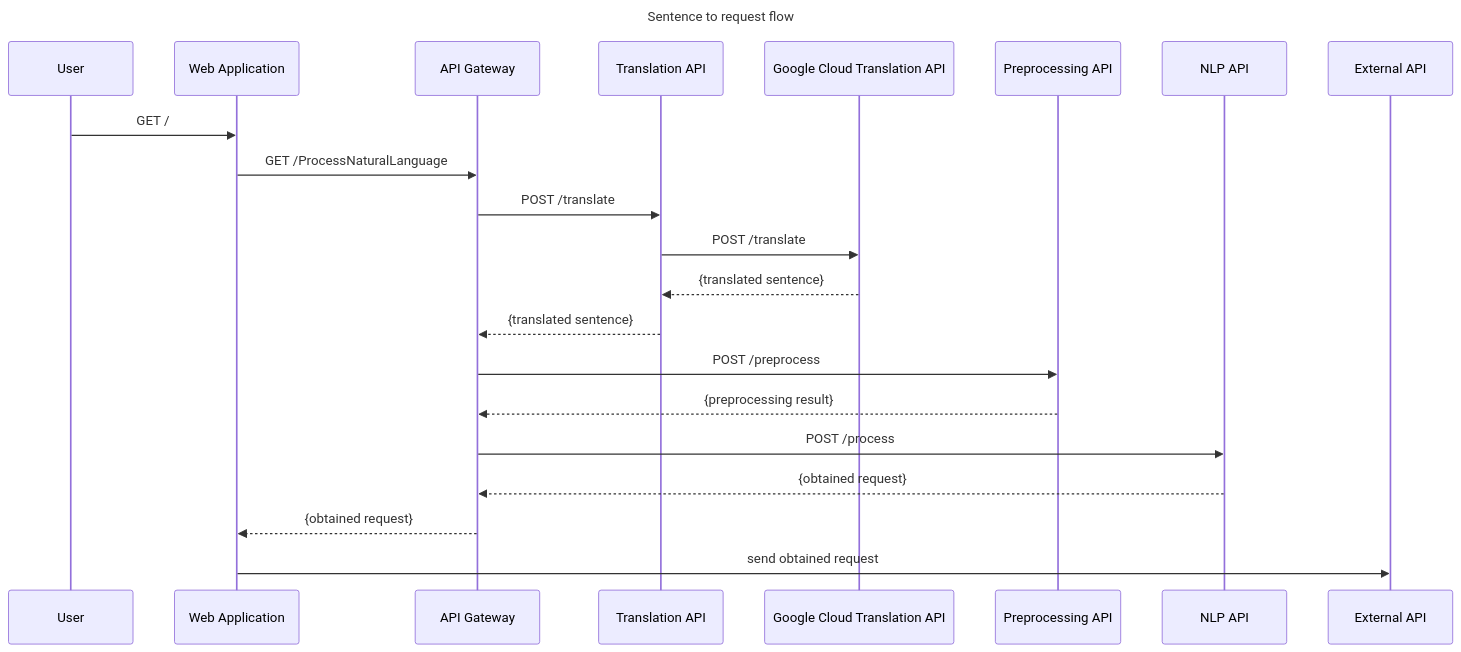
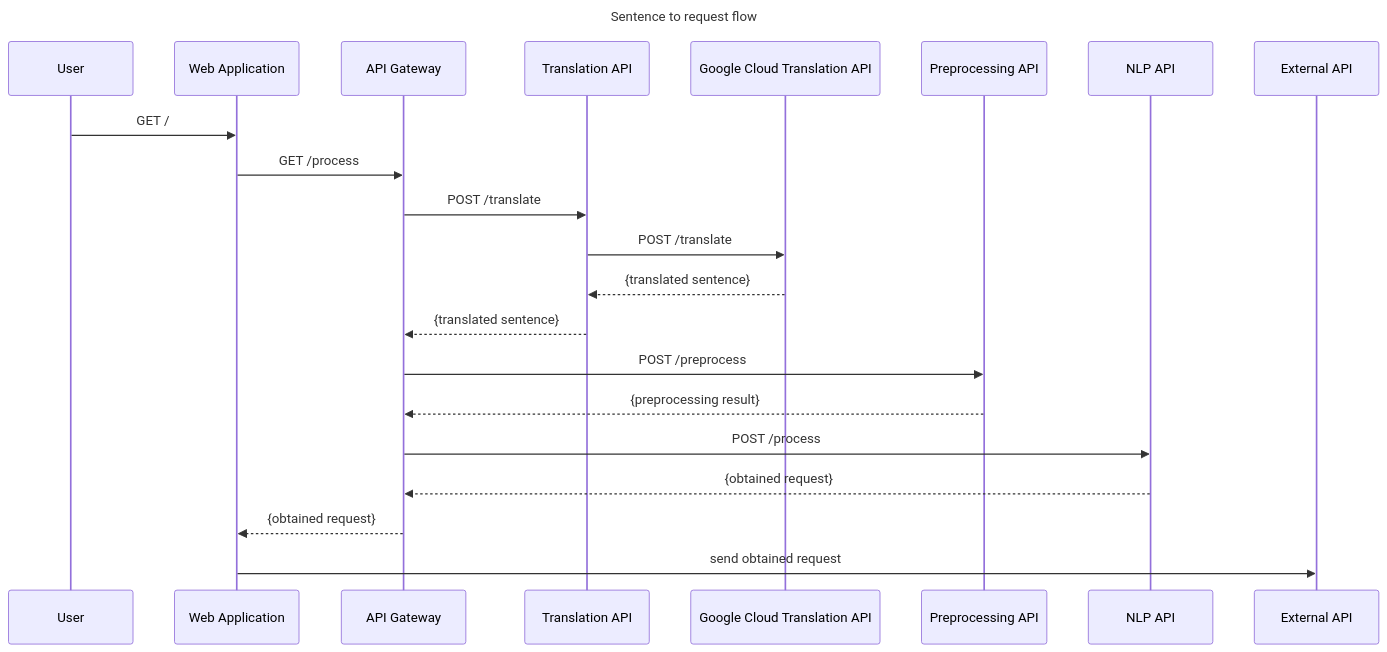
Before and after one commit to Roxanica123/WADe-RAT: the diagram in diagrams/sequence-diagram.md, drawn with Mermaid. The commit also changed 7 other files, not shown here.

````diff
--- a/diagrams/sequence-diagram.md
+++ b/diagrams/sequence-diagram.md
@@ -1,17 +1,17 @@
 ```mermaid
 sequenceDiagram
   Title: Sentence to request flow
   User->> Web Application: GET /;
-  Web Application ->> API Gateway: GET /ProcessNaturalLanguage;
+  Web Application ->> API Gateway: GET /process;
   API Gateway ->> Translation API: POST /translate
   Translation API ->> Google Cloud Translation API: POST /translate
   Google Cloud Translation API -->> Translation API : {translated sentence}
   Translation API -->> API Gateway: {translated sentence}
   API Gateway ->> Preprocessing API: POST /preprocess
   Preprocessing API -->> API Gateway: {preprocessing result}
   API Gateway ->> NLP API: POST /process
   NLP API -->> API Gateway: {obtained request}
   API Gateway -->> Web Application: {obtained request}
   Web Application ->> External API: send obtained request
   
 ```
````
